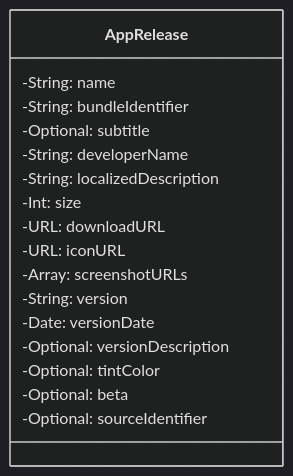
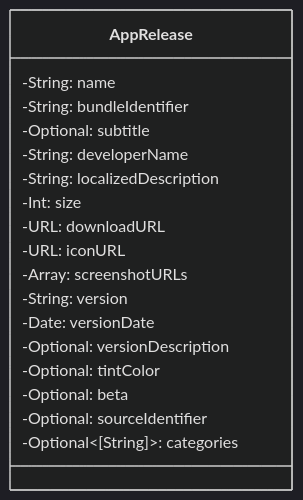
The diagram in assets/faircatalog-AppRelease.mmd (emilypx/appfair.github.io), drawn with Mermaid (dark theme) before and after one commit. The commit also changed 1 other file, not shown here.

```diff
--- a/assets/faircatalog-AppRelease.mmd
+++ b/assets/faircatalog-AppRelease.mmd
@@ -1,18 +1,19 @@
 classDiagram
     class AppRelease {
         -String: name
         -String: bundleIdentifier
         -Optional<String>: subtitle
         -String: developerName
         -String: localizedDescription
         -Int: size
         -URL: downloadURL
         -URL: iconURL
         -Array<URL>: screenshotURLs
         -String: version
         -Date: versionDate
         -Optional<String>: versionDescription
         -Optional<String>: tintColor
         -Optional<Bool>: beta
         -Optional<String>: sourceIdentifier
+        -Optional<[String]>: categories
     }
```
